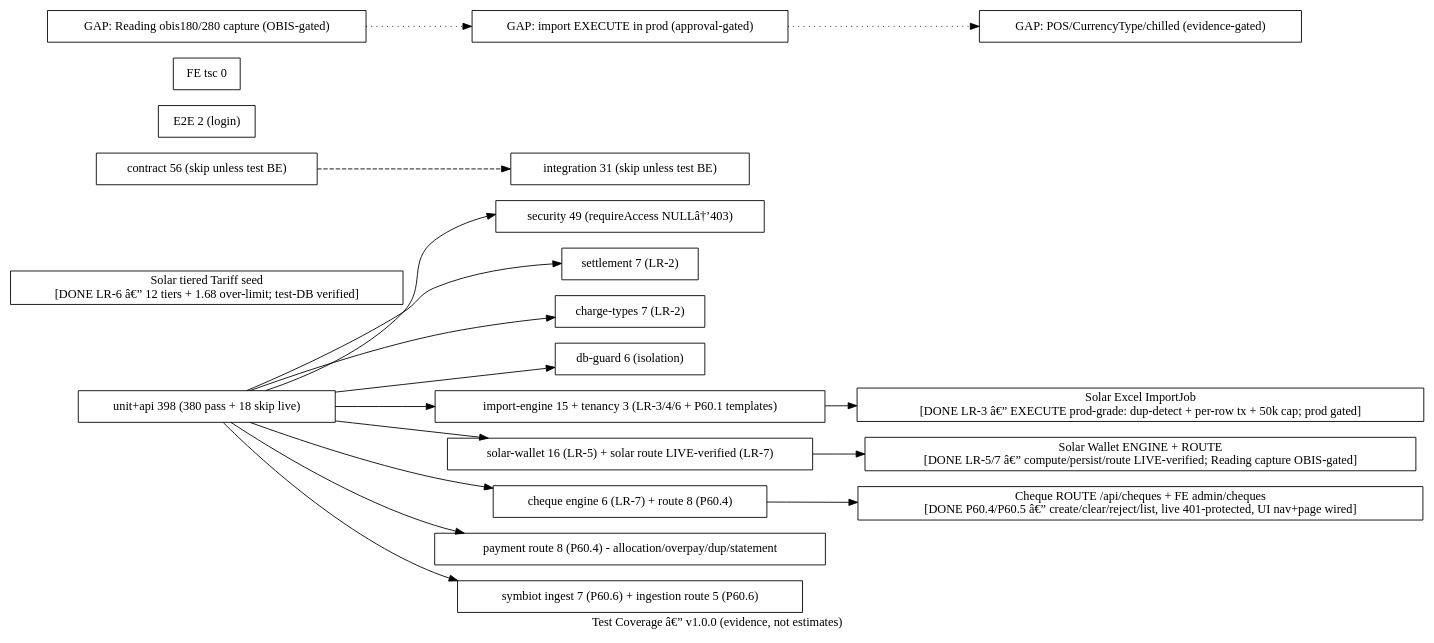
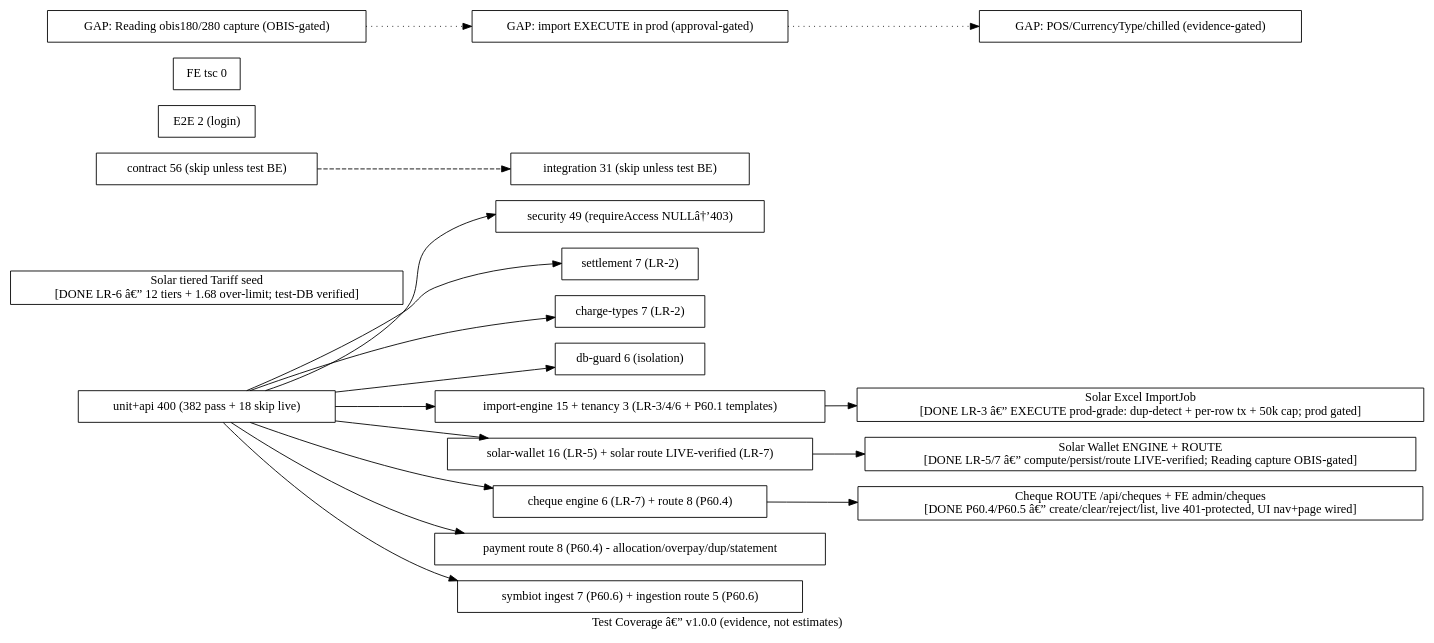
The diagram in docs/architecture/graph/TEST-COVERAGE.dot (Kirllos360/MeterVerse), drawn with Graphviz before and after one commit. The commit also changed other lines of this file and 3 other files, not shown here.

```diff
--- a/docs/architecture/graph/TEST-COVERAGE.dot
+++ b/docs/architecture/graph/TEST-COVERAGE.dot
@@ -1,49 +1,49 @@
 // TEST-COVERAGE graph â€” P59-C/LR-2A v1.0.0
 // Evidence-based: unit+api 325 total (307 pass + 18 skip), contract 56 skip,
 // integration 31 skip, FE tsc 0. Tenancy + security live-proven.
 digraph TestCov {
   rankdir=LR;
   label="Test Coverage â€” v1.0.0 (evidence, not estimates)";
 
   node [shape=box fillcolor="#d1f5d3"];
-  UNIT [label="unit+api 398 (380 pass + 18 skip live)"];
+  UNIT [label="unit+api 400 (382 pass + 18 skip live)"];
   T_SEC [label="security 49 (requireAccess NULLâ†’403)"];
   T_SETTLE [label="settlement 7 (LR-2)"];
   T_CHARGE [label="charge-types 7 (LR-2)"];
   T_DBGUARD [label="db-guard 6 (isolation)"];
   T_IMPORT [label="import-engine 15 + tenancy 3 (LR-3/4/6 + P60.1 templates)"];
   T_SOLAR [label="solar-wallet 16 (LR-5) + solar route LIVE-verified (LR-7)"];
   T_CHEQUE [label="cheque engine 6 (LR-7) + route 8 (P60.4)"];
   T_PAY [label="payment route 8 (P60.4) - allocation/overpay/dup/statement"];
   T_SYMB [label="symbiot ingest 7 (P60.6) + ingestion route 5 (P60.6)"];
   IMPORT_DONE [label="Solar Excel ImportJob\n[DONE LR-3 â€” EXECUTE prod-grade: dup-detect + per-row tx + 50k cap; prod gated]" fillcolor="#fef7e0"];
   SOLAR_DONE [label="Solar Wallet ENGINE + ROUTE\n[DONE LR-5/7 â€” compute/persist/route LIVE-verified; Reading capture OBIS-gated]" fillcolor="#fef7e0"];
   TARIFF_SEED [label="Solar tiered Tariff seed\n[DONE LR-6 â€” 12 tiers + 1.68 over-limit; test-DB verified]" fillcolor="#fef7e0"];
   CHEQUE_DONE [label="Cheque ROUTE /api/cheques + FE admin/cheques\n[DONE P60.4/P60.5 â€” create/clear/reject/list, live 401-protected, UI nav+page wired]" fillcolor="#fef7e0"];
 
   node [shape=box fillcolor="#fef7e0"];
   CONTRACT [label="contract 56 (skip unless test BE)"];
   INTEG [label="integration 31 (skip unless test BE)"];
   E2E [label="E2E 2 (login)"];
   TSC [label="FE tsc 0"];
 
   node [shape=box fillcolor="#fff1f0"];
   GAP1 [label="GAP: Reading obis180/280 capture (OBIS-gated)"];
   GAP2 [label="GAP: import EXECUTE in prod (approval-gated)"];
   GAP3 [label="GAP: POS/CurrencyType/chilled (evidence-gated)"];
 
   UNIT -> T_SEC;
   UNIT -> T_SETTLE;
   UNIT -> T_CHARGE;
   UNIT -> T_DBGUARD;
   UNIT -> T_IMPORT;
   UNIT -> T_SOLAR;
   UNIT -> T_CHEQUE;
   UNIT -> T_PAY;
   UNIT -> T_SYMB;
   T_IMPORT -> IMPORT_DONE;
   T_SOLAR -> SOLAR_DONE;
   T_CHEQUE -> CHEQUE_DONE;
   CONTRACT -> INTEG [style=dashed];
   GAP1 -> GAP2 -> GAP3 [style=dotted];
 }
```
